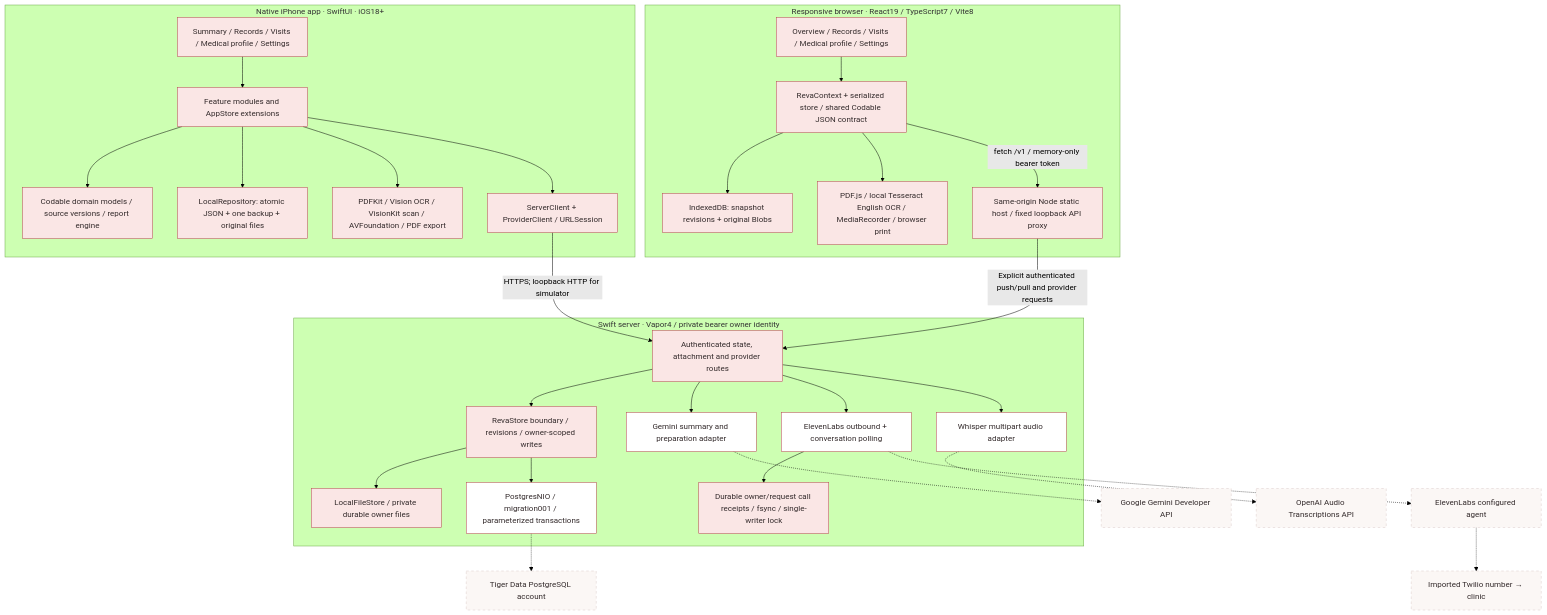
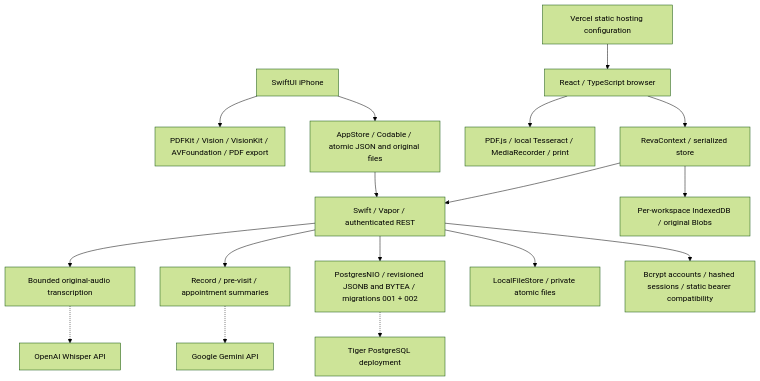
Before and after one commit to Siddiqui-R/2026_ricehackathon_medicine: the first of 3 diagrams in docs/architecture.md, drawn with Mermaid (forest theme). The commit also changed other lines of this file and 81 other files, not shown here.

Commit message:
Replace appointment calling with consented recording and summaries

````diff
--- a/docs/architecture.md
+++ b/docs/architecture.md
@@ -13,54 +9,19 @@
 ```mermaid
 flowchart TB
-    subgraph PHONE["Native iPhone app · SwiftUI · iOS18+"]
-        UI["Summary / Records / Visits / Medical profile / Settings"]
-        FEATURES["Feature modules and AppStore extensions"]
-        CORE["Codable domain models / source versions / report engine"]
-        LOCAL["LocalRepository: atomic JSON + one backup + original files"]
-        DEVICE["PDFKit / Vision OCR / VisionKit scan / AVFoundation / PDF export"]
-        CLIENT["ServerClient + ProviderClient / URLSession"]
-        UI --> FEATURES --> CORE
-        FEATURES --> LOCAL
-        FEATURES --> DEVICE
-        FEATURES --> CLIENT
-    end
-    subgraph WEB["Responsive browser · React19 / TypeScript7 / Vite8"]
-        WEBUI["Overview / Records / Visits / Medical profile / Settings"]
-        WEBSTATE["RevaContext + serialized store / shared Codable JSON contract"]
-        IDB["IndexedDB: snapshot revisions + original Blobs"]
-        WEBDEVICE["PDF.js / local Tesseract English OCR / MediaRecorder / browser print"]
-        PROXY["Same-origin Node static host / fixed loopback API proxy"]
-        WEBUI --> WEBSTATE --> IDB
-        WEBSTATE --> WEBDEVICE
-        WEBSTATE -->|"fetch /v1 / memory-only bearer token"| PROXY
-    end
-    subgraph API["Swift server · Vapor4 / private bearer owner identity"]
-        ROUTES["Authenticated state, attachment and provider routes"]
-        STORE["RevaStore boundary / revisions / owner-scoped writes"]
-        FILES["LocalFileStore / private durable owner files"]
-        PG["PostgresNIO / migration001 / parameterized transactions"]
-        GEMINI["Gemini summary and preparation adapter"]
-        WHISPER["Whisper multipart audio adapter"]
-        CALL["ElevenLabs outbound + conversation polling"]
-        RECEIPTS["Durable owner/request call receipts / fsync / single-writer lock"]
-        ROUTES --> STORE
-        STORE --> FILES
-        STORE --> PG
-        ROUTES --> GEMINI
-        ROUTES --> WHISPER
-        ROUTES --> CALL --> RECEIPTS
-    end
-    CLIENT -->|"HTTPS; loopback HTTP for simulator"| ROUTES
-    PROXY -->|"Explicit authenticated push/pull and provider requests"| ROUTES
-    PG -.-> TIGER["Tiger Data PostgreSQL account"]
-    GEMINI -.-> GOOGLE["Google Gemini Developer API"]
-    WHISPER -.-> OPENAI["OpenAI Audio Transcriptions API"]
-    CALL -.-> ELEVEN["ElevenLabs configured agent"]
-    ELEVEN -.-> TWILIO["Imported Twilio number → clinic"]
-    classDef local fill:#FAE6E5,stroke:#B84250,color:#342B2C;
-    classDef adapter fill:#FFFFFF,stroke:#B84250,color:#342B2C;
-    classDef external fill:#FBF7F5,stroke:#DBCBC9,color:#342B2C,stroke-dasharray:5 5;
-    class UI,FEATURES,CORE,LOCAL,DEVICE,CLIENT,WEBUI,WEBSTATE,IDB,WEBDEVICE,PROXY,ROUTES,STORE,FILES,RECEIPTS local;
-    class PG,GEMINI,WHISPER,CALL adapter;
-    class TIGER,GOOGLE,OPENAI,ELEVEN,TWILIO external;
+    IOS["SwiftUI iPhone"] --> NATIVE["AppStore / Codable / atomic JSON and original files"]
+    IOS --> DEVICE["PDFKit / Vision / VisionKit / AVFoundation / PDF export"]
+    WEB["React / TypeScript browser"] --> STATE["RevaContext / serialized store"]
+    STATE --> IDB["Per-workspace IndexedDB / original Blobs"]
+    WEB --> BROWSER["PDF.js / local Tesseract / MediaRecorder / print"]
+    NATIVE --> API["Swift / Vapor / authenticated REST"]
+    STATE --> API
+    API --> AUTH["Bcrypt accounts / hashed sessions / static bearer compatibility"]
+    API --> LOCAL["LocalFileStore / private atomic files"]
+    API --> PG["PostgresNIO / revisioned JSONB and BYTEA / migrations 001 + 002"]
+    PG -.-> TIGER["Tiger PostgreSQL deployment"]
+    API --> SUMMARY["Record / pre-visit / appointment summaries"]
+    SUMMARY -.-> GEMINI["Google Gemini API"]
+    API --> AUDIO["Bounded original-audio transcription"]
+    AUDIO -.-> WHISPER["OpenAI Whisper API"]
+    VERCEL["Vercel static hosting configuration"] --> WEB
 ```
````
